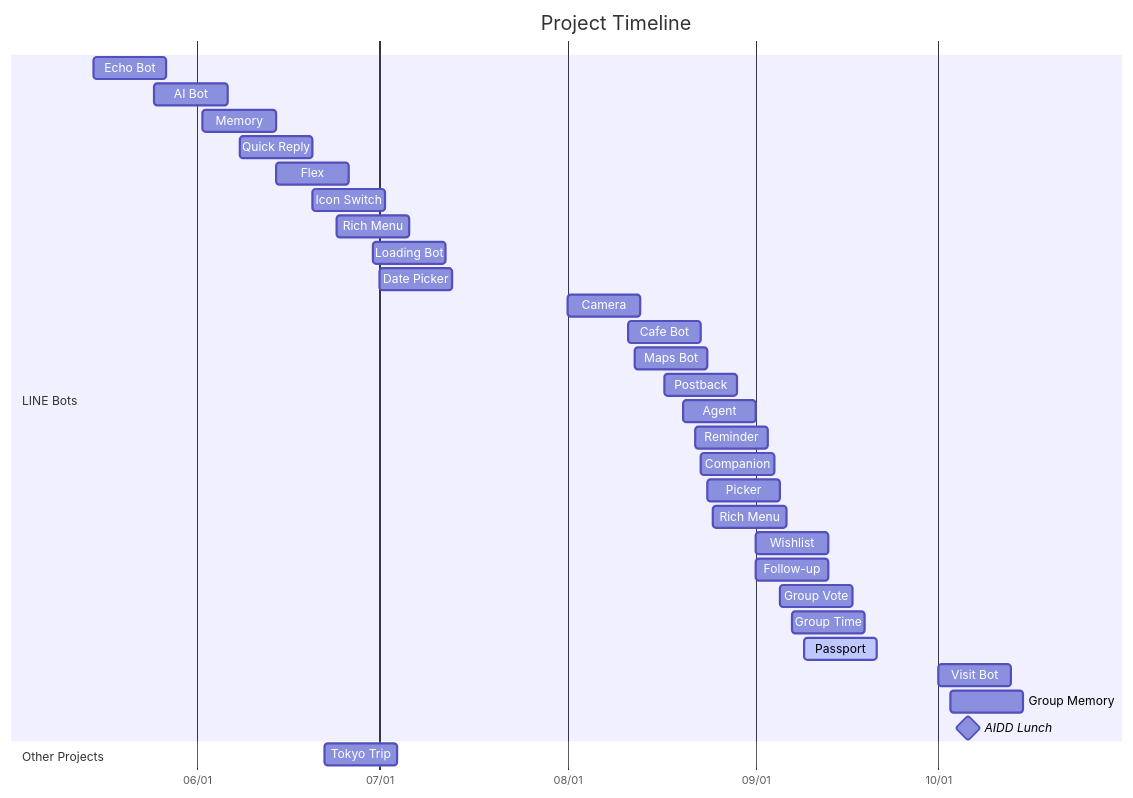
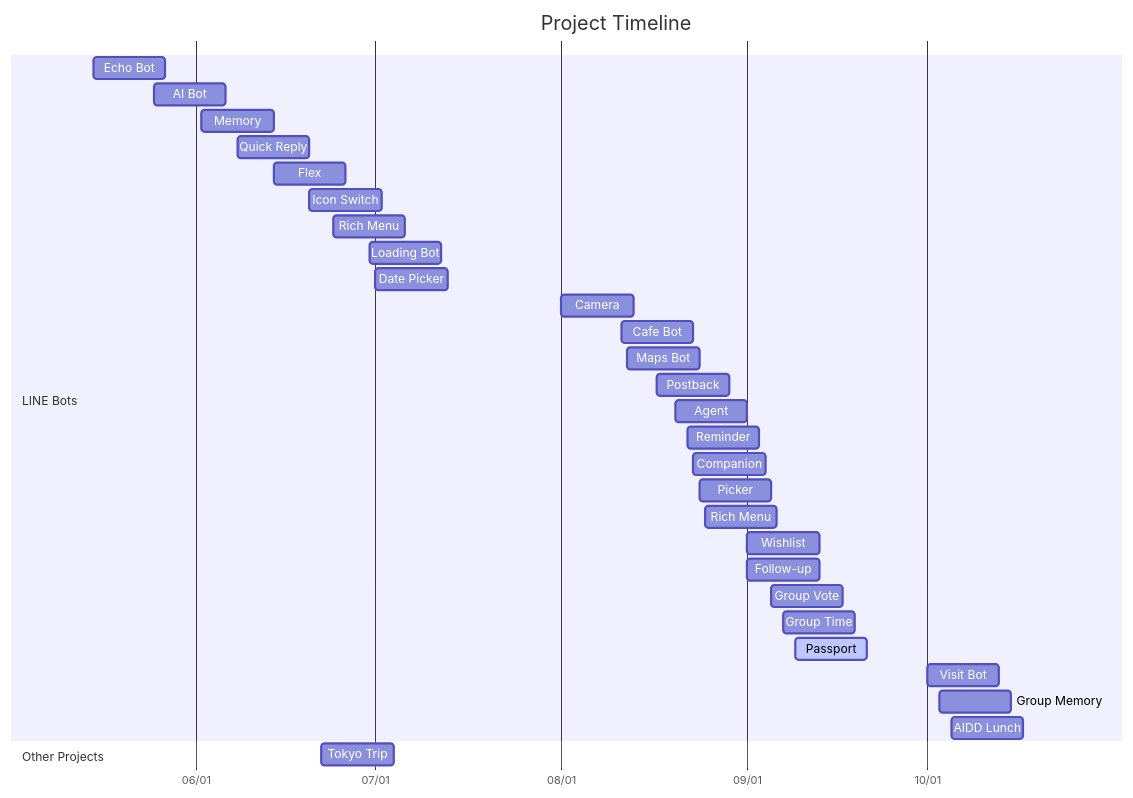
One commit to zonawang/zona-ai-learning-lab changed the diagram in README.md. Above: the diagram before and after it, drawn with Mermaid. The commit also changed other lines of this file, not shown here.

Commit message:
docs: align AIDD timeline bar with existing projects

````diff
--- a/README.md
+++ b/README.md
@@ -17,38 +19,38 @@
 ```mermaid
 %%{init: {"gantt": {"rightPadding": 180}}}%%
 gantt
     title Project Timeline
     dateFormat YYYY-MM-DD
     axisFormat %m/%d
 
     section LINE Bots
     Echo Bot      :p1, 2026-05-15, 12d
     AI Bot        :p2, 2026-05-25, 12d
     Memory        :p3, 2026-06-02, 12d
     Quick Reply   :p4, 2026-06-08, 12d
     Flex          :p5, 2026-06-14, 12d
     Icon Switch   :p6, 2026-06-20, 12d
     Rich Menu     :p8, 2026-06-24, 12d
     Loading Bot   :p9, 2026-06-30, 12d
     Date Picker   :p10, 2026-07-01, 12d
     Camera        :p11, 2026-08-01, 12d
     Cafe Bot      :p12, 2026-08-11, 12d
     Maps Bot      :p13, 2026-08-12, 12d
     Postback      :p14, 2026-08-17, 12d
     Agent         :p15, 2026-08-20, 12d
     Reminder      :p16, 2026-08-22, 12d
     Companion     :p17, 2026-08-23, 12d
     Picker        :p18, 2026-08-24, 12d
     Rich Menu     :p19, 2026-08-25, 12d
     Wishlist      :p20, 2026-09-01, 12d
     Follow-up     :p21, 2026-09-01, 12d
     Group Vote    :p22, 2026-09-05, 12d
     Group Time    :p23, 2026-09-07, 12d
     Passport      :active, p24, 2026-09-09, 12d
     Visit Bot     :p25, 2026-10-01, 12d
     Group Memory  :p26, 2026-10-03, 12d
-    AIDD Lunch    :milestone, p27, 2026-10-06, 0d
+    AIDD Lunch    :p27, 2026-10-05, 12d
 
     section Other Projects
     Tokyo Trip    :p7, 2026-06-22, 12d
 ```
````
